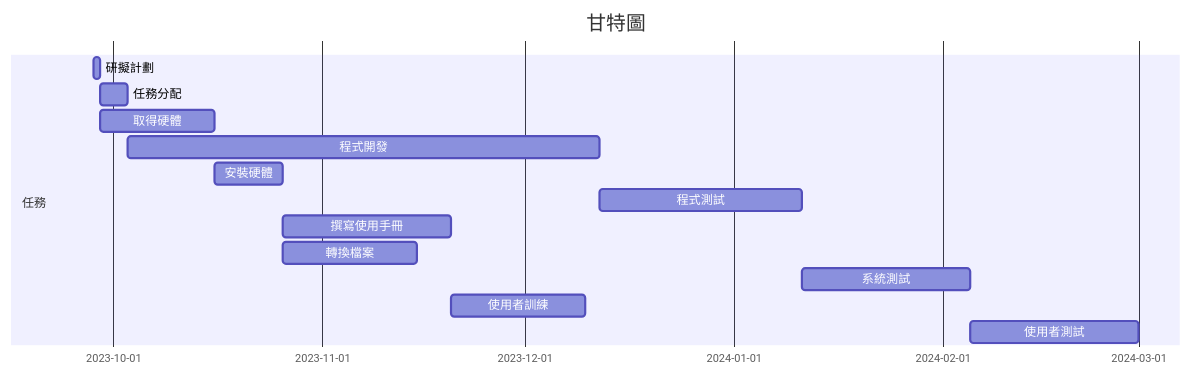
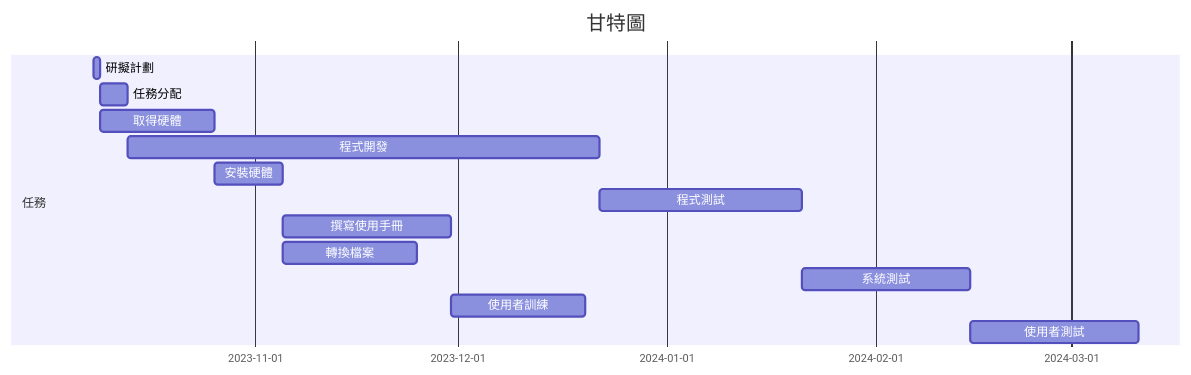
Before and after one commit to bloo542/trying: the diagram in hw2.md, drawn with Mermaid.

````diff
--- a/hw2.md
+++ b/hw2.md
@@ -2,17 +2,17 @@
 ```mermaid
 gantt
     title 甘特圖
 
     section 任務
-    研擬計劃     :a1, 2023-09-28, 1d
+    研擬計劃     :a1, 2023-10-08, 1d
     任務分配     :a2, after a1  , 4d
     取得硬體     :a3, after a1  , 17d
     程式開發     :a4, after a2  , 70d
     安裝硬體     :a5, after a3  , 10d
     程式測試     :a6, after a4  , 30d
     撰寫使用手冊 :a7, after a5  , 25d
     轉換檔案     :a8, after a5  , 20d
     系統測試     :a9, after a6  , 25d
     使用者訓練   :a10, after a7  , 20d
     使用者測試   :a11, after a9  , 25d
 ```
````
